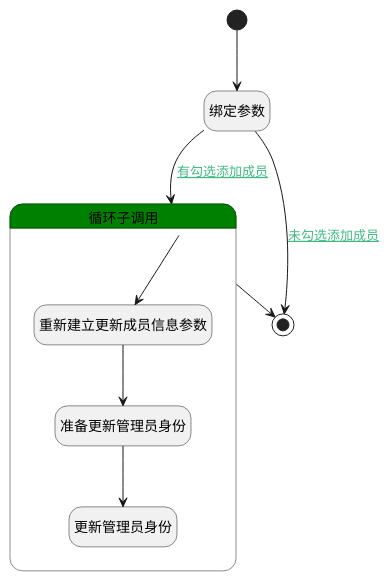
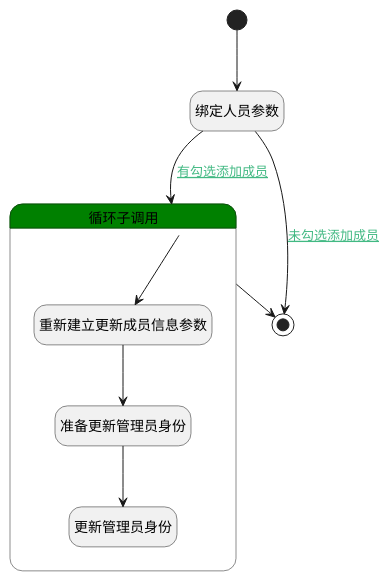
The diagram in doc/docsify/module/ProjMgmt/project/logic/change_admin_role.md (iBizLab/plm), drawn with PlantUML before and after one commit. The commit also changed other lines of this file and 1778 other files, not shown here.

````diff
--- a/doc/docsify/module/ProjMgmt/project/logic/change_admin_role.md
+++ b/doc/docsify/module/ProjMgmt/project/logic/change_admin_role.md
@@ -7,31 +7,31 @@
 ```plantuml
 @startuml
 hide empty description
 <style>
 root {
   HyperlinkColor #42b983
 }
 </style>
 
 hide empty description
 state "开始" as Begin <<start>> [[$./change_admin_role#begin {"开始"}]]
-state "绑定参数" as BINDPARAM1  [[$./change_admin_role#bindparam1 {"绑定参数"}]]
+state "绑定人员参数" as BINDPARAM1  [[$./change_admin_role#bindparam1 {"绑定人员参数"}]]
 state "结束" as END1 <<end>> [[$./change_admin_role#end1 {"结束"}]]
 state "循环子调用" as LOOPSUBCALL1  [[$./change_admin_role#loopsubcall1 {"循环子调用"}]] #green {
 state "重新建立更新成员信息参数" as RENEWPARAM4  [[$./change_admin_role#renewparam4 {"重新建立更新成员信息参数"}]]
 state "准备更新管理员身份" as PREPAREPARAM2  [[$./change_admin_role#prepareparam2 {"准备更新管理员身份"}]]
 state "更新管理员身份" as DEACTION1  [[$./change_admin_role#deaction1 {"更新管理员身份"}]]
 }
 
 
 Begin --> BINDPARAM1
 BINDPARAM1 --> LOOPSUBCALL1 : [[$./change_admin_role#bindparam1-loopsubcall1{有勾选添加成员} 有勾选添加成员]]
 LOOPSUBCALL1 --> RENEWPARAM4
 RENEWPARAM4 --> PREPAREPARAM2
 PREPAREPARAM2 --> DEACTION1
 LOOPSUBCALL1 --> END1
 BINDPARAM1 --> END1 : [[$./change_admin_role#bindparam1-end1{未勾选添加成员} 未勾选添加成员]]
 
 
 @enduml
 ```
````
